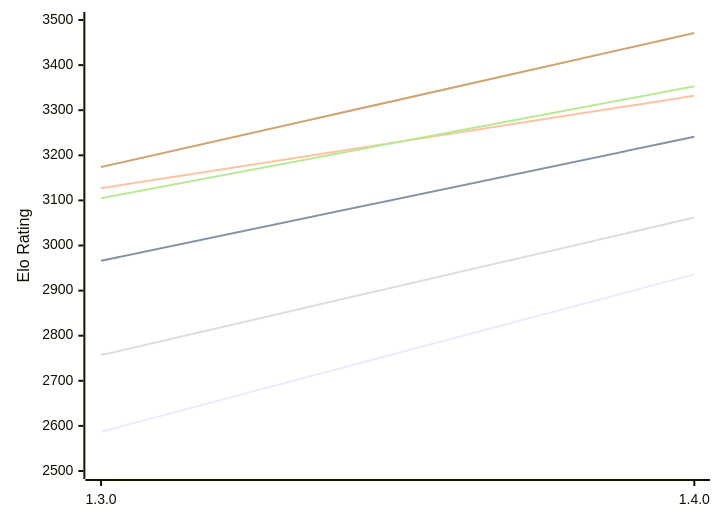
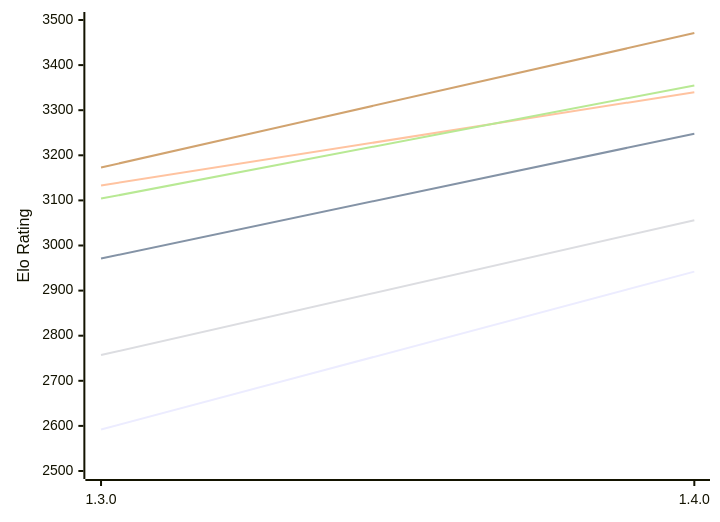
One commit to computer-chess-index/cci changed the first of 2 diagrams in engines/Ember.md. Above: the diagram before and after it, drawn with Mermaid. The commit also changed other lines of this file, not shown here.

Commit message:
Update CCI Ratings (ELO VLTC) - 2026-11-10

````diff
--- a/engines/Ember.md
+++ b/engines/Ember.md
@@ -51,12 +51,12 @@
 ```mermaid
 %%{init: {"theme":"base","themeVariables":{"seriesColors:['#a3a3a3','#222221','#faa371']}}}%%
 xychart-beta
   x-axis ["1.3.0", "1.4.0"]
   y-axis "Elo Rating" 2500 --> 3500
-  line "E1: STC (8.0+0.08s)" [2587, 2936]
-  line "E1: LTC (60.0+0.60s)" [2966, 3241]
-  line "E1: VLTC (2m24s+1.12s)" [3127, 3332]
-  line "P1: STC (8.0+0.08s)" [2757, 3062]
-  line "P1: LTC (60.0+0.60s)" [3105, 3353]
-  line "P1: VLTC (2m24s+1.12s)" [3174, 3471]
+  line "E1: STC (8.0+0.08s)" [2592, 2942]
+  line "E1: LTC (60.0+0.60s)" [2971, 3248]
+  line "E1: VLTC (2m24s+1.12s)" [3133, 3340]
+  line "P1: STC (8.0+0.08s)" [2757, 3056]
+  line "P1: LTC (60.0+0.60s)" [3104, 3355]
+  line "P1: VLTC (2m24s+1.12s)" [3173, 3471]
 ```
````
